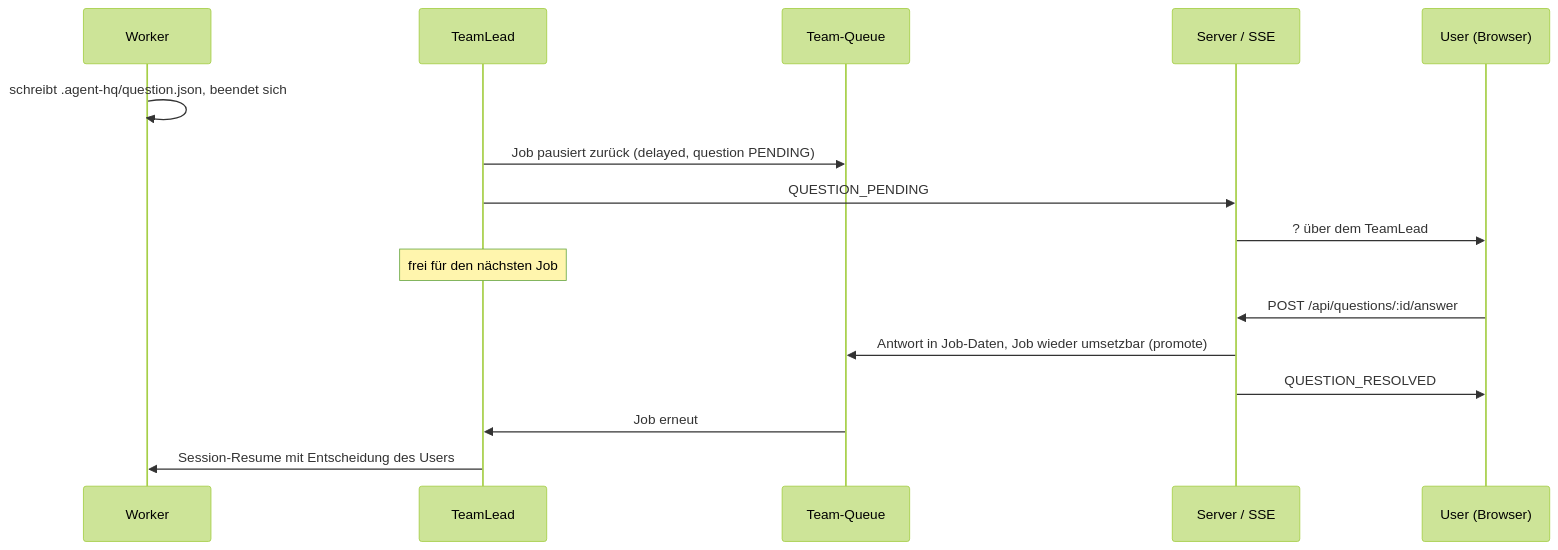
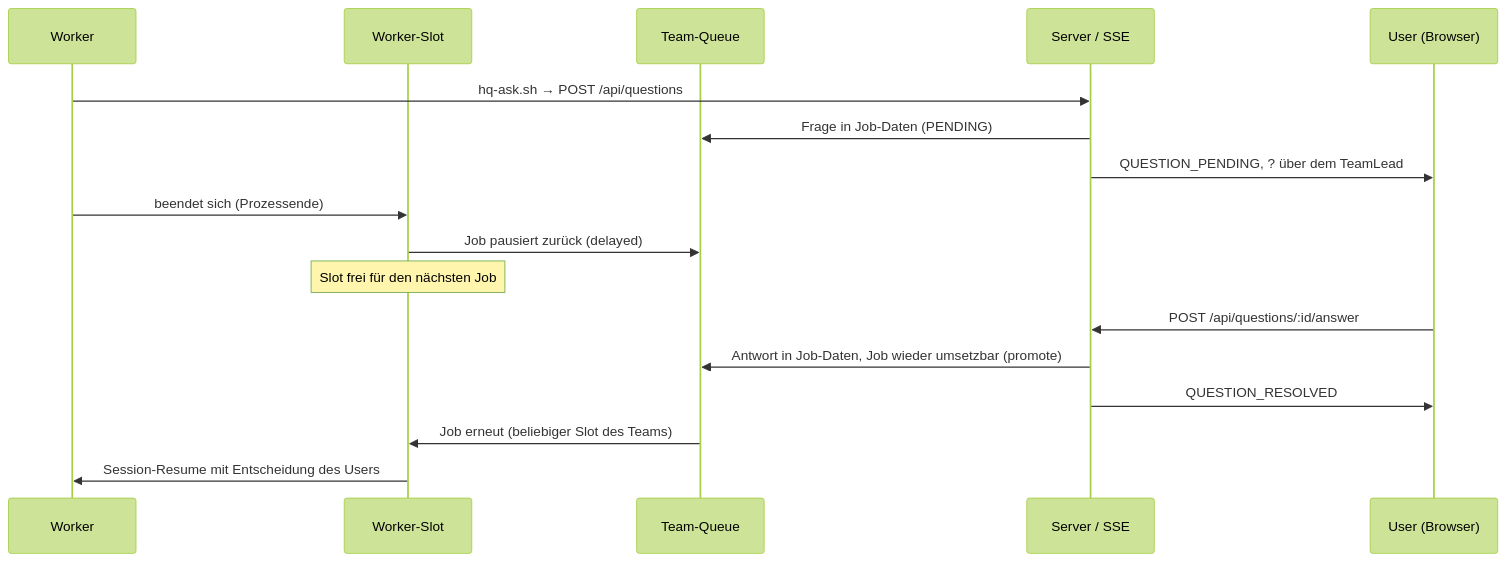
Before and after one commit to tihofman/agent-hq: the third of 3 diagrams in docs/arc42/architecture.md, drawn with Mermaid (forest theme). The commit also changed other lines of this file and 2 other files, not shown here.

Commit message:
docs(#93): worker pool and hq-ask question flow in ADR 0006

````diff
--- a/docs/arc42/architecture.md
+++ b/docs/arc42/architecture.md
@@ -171,18 +174,19 @@
 ```mermaid
 sequenceDiagram
     participant W as Worker
-    participant TL as TeamLead
+    participant TL as Worker-Slot
     participant Q as Team-Queue
     participant HQ as Server / SSE
     participant U as User (Browser)
-    W->>W: schreibt .agent-hq/question.json, beendet sich
-    TL->>Q: Job pausiert zurück (delayed, question PENDING)
-    TL->>HQ: QUESTION_PENDING
-    HQ->>U: ? über dem TeamLead
-    Note over TL: frei für den nächsten Job
+    W->>HQ: hq-ask.sh → POST /api/questions
+    HQ->>Q: Frage in Job-Daten (PENDING)
+    HQ->>U: QUESTION_PENDING, ? über dem TeamLead
+    W->>TL: beendet sich (Prozessende)
+    TL->>Q: Job pausiert zurück (delayed)
+    Note over TL: Slot frei für den nächsten Job
     U->>HQ: POST /api/questions/:id/answer
     HQ->>Q: Antwort in Job-Daten, Job wieder umsetzbar (promote)
     HQ->>U: QUESTION_RESOLVED
-    Q->>TL: Job erneut
+    Q->>TL: Job erneut (beliebiger Slot des Teams)
     TL->>W: Session-Resume mit Entscheidung des Users
 ```
````
